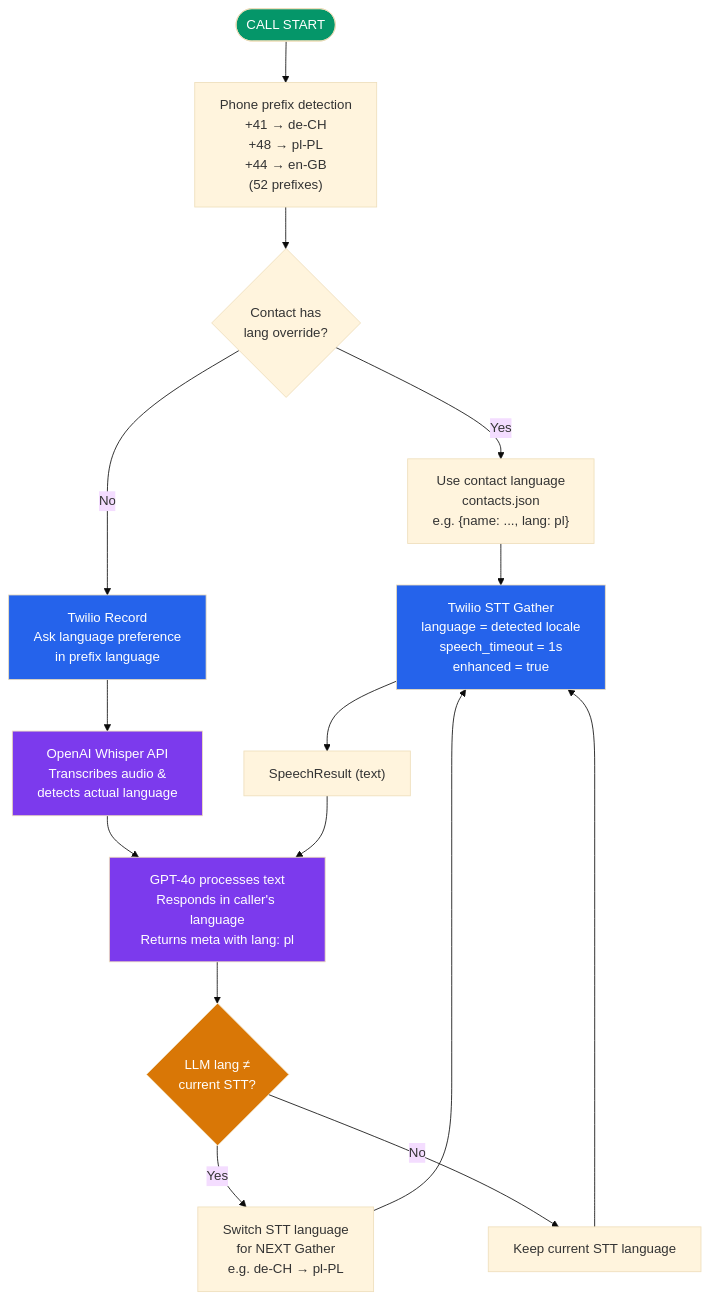
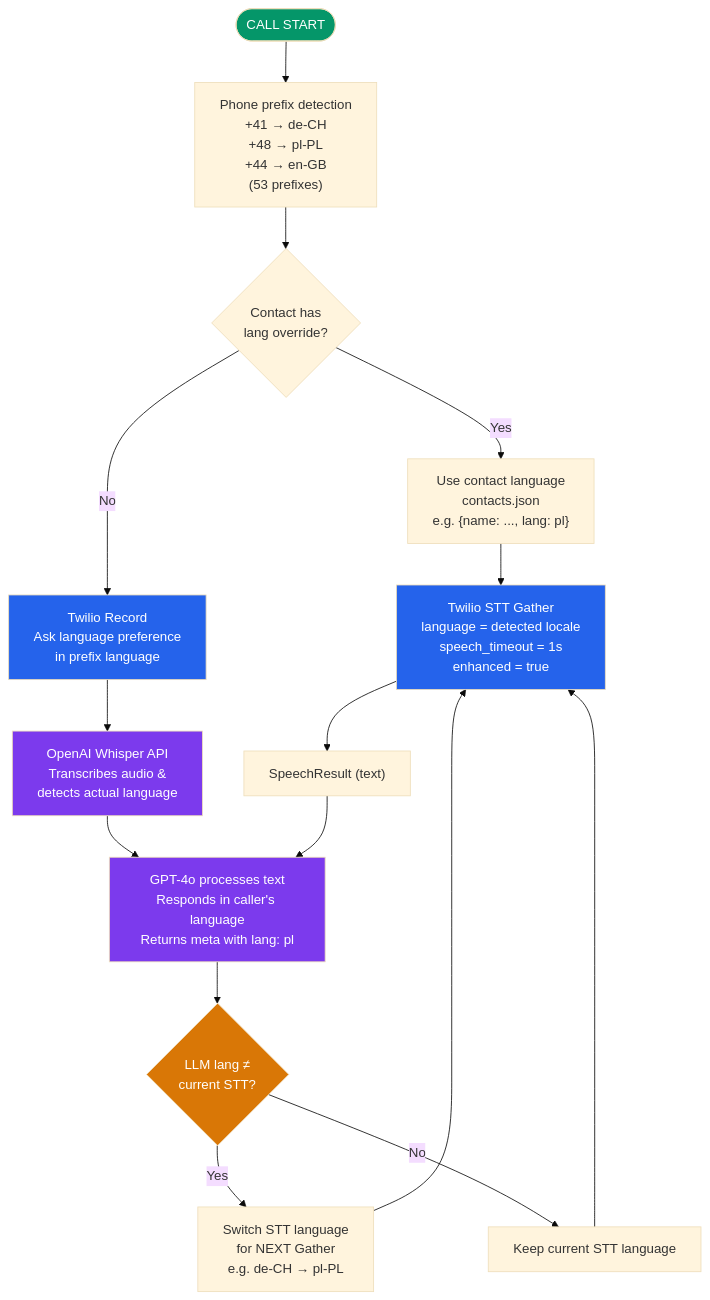
One commit to dzaczek/ava changed the third of 7 diagrams in README.md. Above: the diagram before and after it, drawn with Mermaid (base theme). The commit also changed other lines of this file and 2 other files, not shown here.

Commit message:
docs: update language and prefix statistics to match codebase
Updated `README.md`, `docs/INSTALL_EN.md`, and `docs/INSTALL_PL.md` to reflect the correct number of supported languages (13+) and phone prefixes (53) as configured in `i18n.py` and `contact_lookup.py`.

````diff
--- a/README.md
+++ b/README.md
@@ -186,32 +186,32 @@
 ```mermaid
 flowchart TD
-    Start([CALL START]) --> Prefix["Phone prefix detection<br/>+41 → de-CH<br/>+48 → pl-PL<br/>+44 → en-GB<br/>(52 prefixes)"]
+    Start([CALL START]) --> Prefix["Phone prefix detection<br/>+41 → de-CH<br/>+48 → pl-PL<br/>+44 → en-GB<br/>(53 prefixes)"]
 
     Prefix --> ContactCheck{Contact has<br/>lang override?}
     ContactCheck -->|Yes| ContactLang["Use contact language<br/>contacts.json<br/>e.g. {name: ..., lang: pl}"]
     ContactCheck -->|No| Record["Twilio Record<br/>Ask language preference<br/>in prefix language"]
 
     ContactLang --> Gather
     Record --> Whisper["OpenAI Whisper API<br/>Transcribes audio &<br/>detects actual language"]
 
     Whisper --> GPT
 
     Gather["Twilio STT Gather<br/>language = detected locale<br/>speech_timeout = 1s<br/>enhanced = true"]
 
     Gather --> Speech["SpeechResult (text)"]
     Speech --> GPT["GPT-4o processes text<br/>Responds in caller's language<br/>Returns meta with lang: pl"]
 
     GPT --> Switch{LLM lang ≠<br/>current STT?}
     Switch -->|Yes| Update["Switch STT language<br/>for NEXT Gather<br/>e.g. de-CH → pl-PL"]
     Switch -->|No| Keep["Keep current STT language"]
 
     Update --> Gather
     Keep --> Gather
 
     style Start fill:#059669,color:#fff
     style Record fill:#2563eb,color:#fff
     style Whisper fill:#7c3aed,color:#fff
     style Gather fill:#2563eb,color:#fff
     style GPT fill:#7c3aed,color:#fff
     style Switch fill:#d97706,color:#fff
 ```
````
